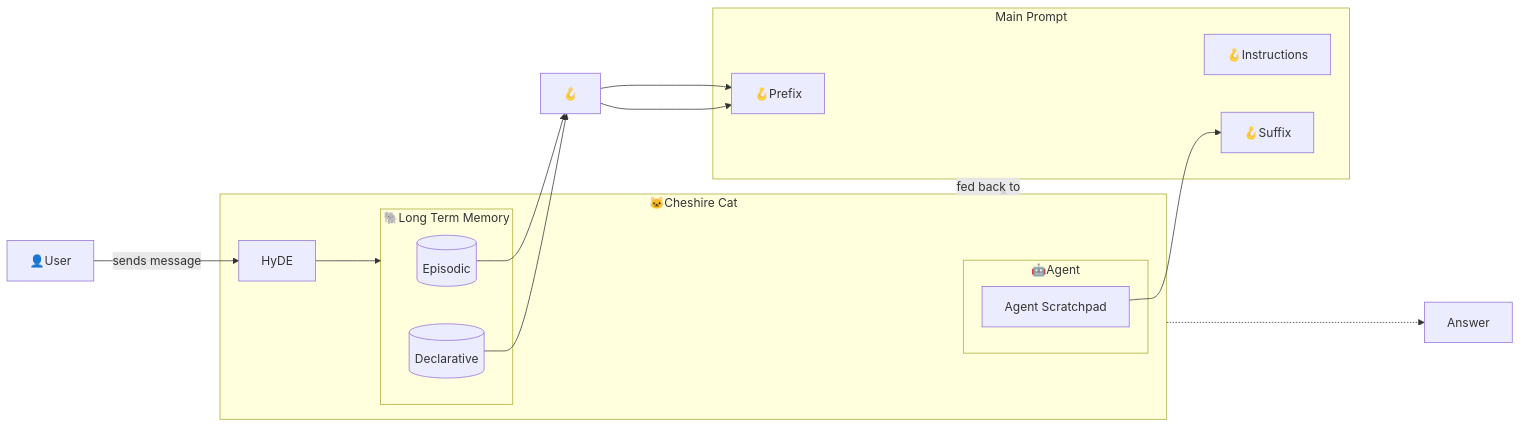
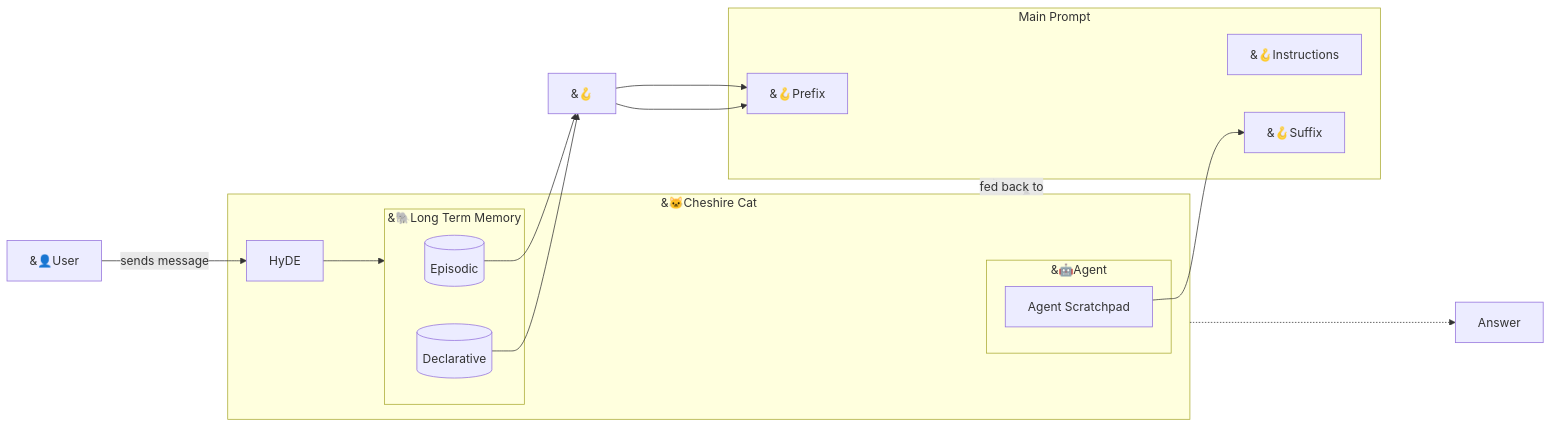
The diagram in mkdocs/conceptual/prompts/main_prompt.md (cheshire-cat-ai/docs), drawn with Mermaid before and after one commit. The commit also changed other lines of this file and 19 other files, not shown here.

````diff
--- a/mkdocs/conceptual/prompts/main_prompt.md
+++ b/mkdocs/conceptual/prompts/main_prompt.md
@@ -89,26 +89,26 @@
 ```mermaid
 flowchart LR
     subgraph MP ["Main Prompt"]
 %%        direction LR
-        Prefix["🪝Prefix"];
-        Instructions["🪝Instructions"];
-        Suffix["🪝Suffix"];    
+        Prefix["&#129693;Prefix"];
+        Instructions["&#129693;Instructions"];
+        Suffix["&#129693;Suffix"];    
     end
-    subgraph CAT ["🐱Cheshire Cat"]
+    subgraph CAT ["&#128049;Cheshire Cat"]
         HyDE
-        subgraph LTM ["🐘Long Term Memory"]
+        subgraph LTM ["&#128024;Long Term Memory"]
 %%        direction
         C[(Episodic)];
         D[(Declarative)];
     end
-    subgraph Agent ["🤖Agent"]
+    subgraph Agent ["&#129302;Agent"]
         A[Agent Scratchpad];
     end
     end
     
-    U["👤User"] -->|sends message|HyDE ---> LTM["🐘Long Term Memory"];
-    C --> E["🪝"] ----> Prefix;
-    D --> E["🪝"] --> Prefix;
+    U["&#128100;User"] -->|sends message|HyDE ---> LTM["&#128024;Long Term Memory"];
+    C --> E["&#129693;"] ----> Prefix;
+    D --> E["&#129693;"] --> Prefix;
     A --> Suffix;
     MP -..->|fed back to|CAT -...-> Answer
 ```
````
